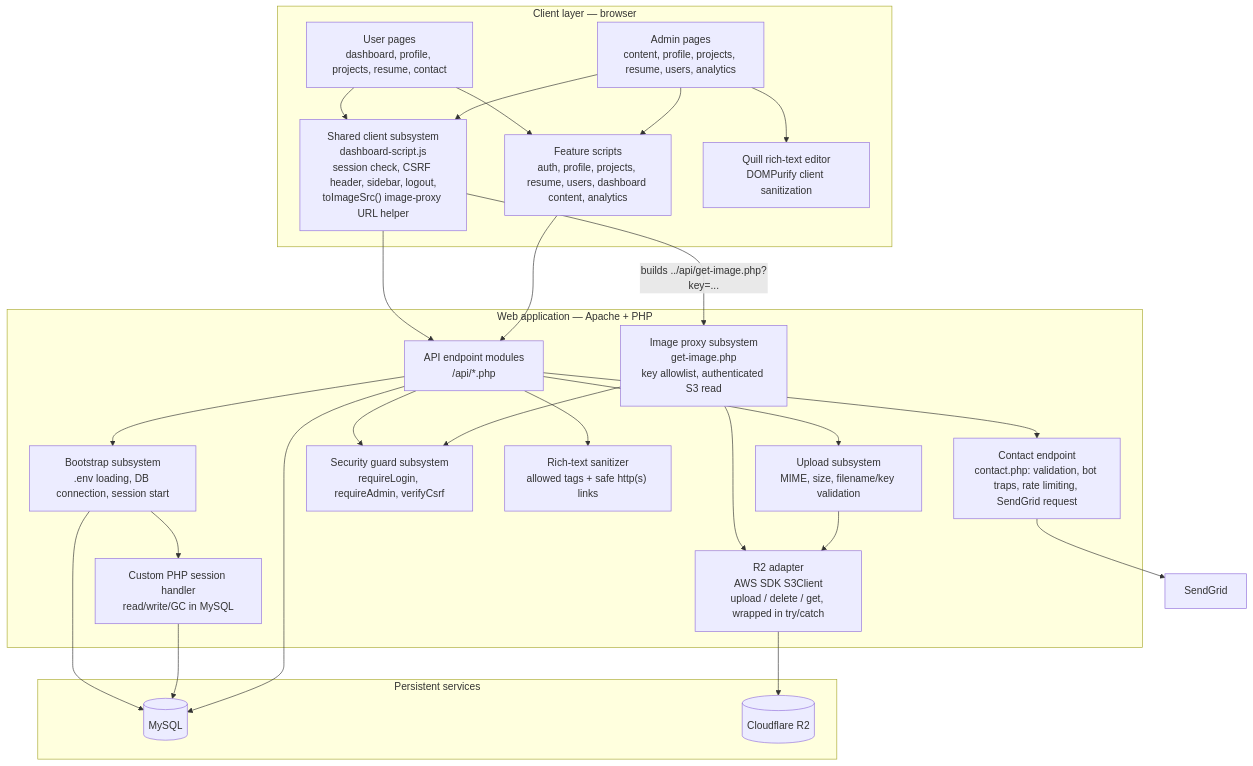
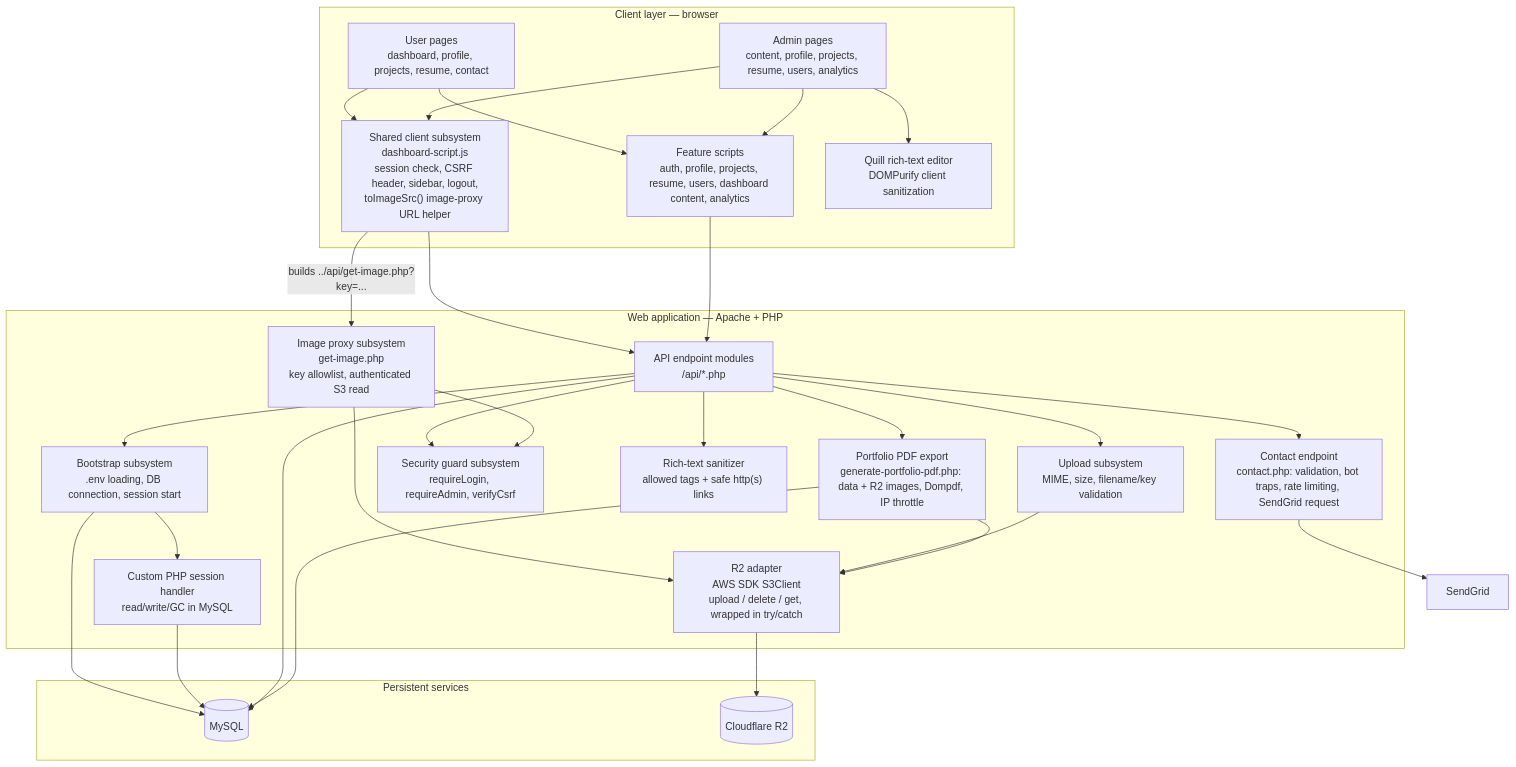
One commit to IntianDayor/login-dashboard-project changed the second of 7 diagrams in docs/SYSTEM_ARCHITECTURE.md. Above: the diagram before and after it, drawn with Mermaid. The commit also changed other lines of this file and 5 other files, not shown here.

````diff
--- a/docs/SYSTEM_ARCHITECTURE.md
+++ b/docs/SYSTEM_ARCHITECTURE.md
@@ -36,50 +37,54 @@
 ```mermaid
 flowchart TB
     subgraph Client["Client layer — browser"]
         Public["User pages\ndashboard, profile, projects, resume, contact"]
         AdminUI["Admin pages\ncontent, profile, projects, resume, users, analytics"]
         SharedJS["Shared client subsystem\ndashboard-script.js\nsession check, CSRF header, sidebar, logout,\ntoImageSrc() image-proxy URL helper"]
         FeatureJS["Feature scripts\nauth, profile, projects, resume, users, dashboard content, analytics"]
         Editors["Quill rich-text editor\nDOMPurify client sanitization"]
     end
 
     subgraph App["Web application — Apache + PHP"]
         Endpoints["API endpoint modules\n/api/*.php"]
         Contact["Contact endpoint\ncontact.php: validation, bot traps, rate limiting, SendGrid request"]
+        PdfExport["Portfolio PDF export\ngenerate-portfolio-pdf.php: data + R2 images, Dompdf, IP throttle"]
         Bootstrap["Bootstrap subsystem\n.env loading, DB connection, session start"]
         Guard["Security guard subsystem\nrequireLogin, requireAdmin, verifyCsrf"]
         Sanitizer["Rich-text sanitizer\nallowed tags + safe http(s) links"]
         Upload["Upload subsystem\nMIME, size, filename/key validation"]
         ImageProxy["Image proxy subsystem\nget-image.php\nkey allowlist, authenticated S3 read"]
         R2Adapter["R2 adapter\nAWS SDK S3Client\nupload / delete / get, wrapped in try/catch"]
         SessionHandler["Custom PHP session handler\nread/write/GC in MySQL"]
     end
 
     subgraph Persistence["Persistent services"]
         MySQL[("MySQL")]
         R2[("Cloudflare R2")]
     end
 
     Public --> SharedJS
     AdminUI --> SharedJS
     AdminUI --> Editors
     Public --> FeatureJS
     AdminUI --> FeatureJS
     SharedJS --> Endpoints
     FeatureJS --> Endpoints
     SharedJS -->|"builds ../api/get-image.php?key=..."| ImageProxy
     Endpoints --> Bootstrap
     Endpoints --> Guard
     Endpoints --> Sanitizer
     Endpoints --> Upload
     ImageProxy --> Guard
     ImageProxy --> R2Adapter
     Bootstrap --> SessionHandler
     Bootstrap --> MySQL
     SessionHandler --> MySQL
     Upload --> R2Adapter
     R2Adapter --> R2
     Endpoints --> MySQL
     Endpoints --> Contact
     Contact --> SendGrid
+    Endpoints --> PdfExport
+    PdfExport --> MySQL
+    PdfExport --> R2Adapter
 ```
````
